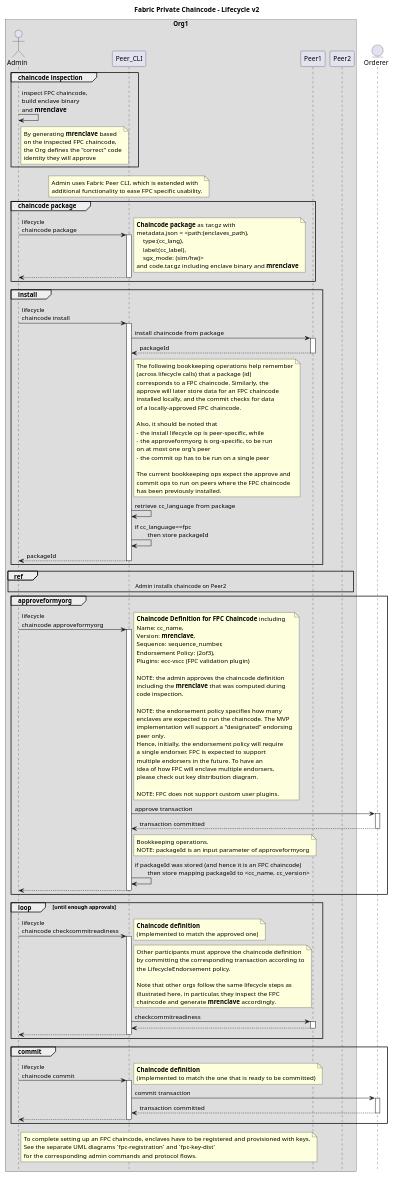
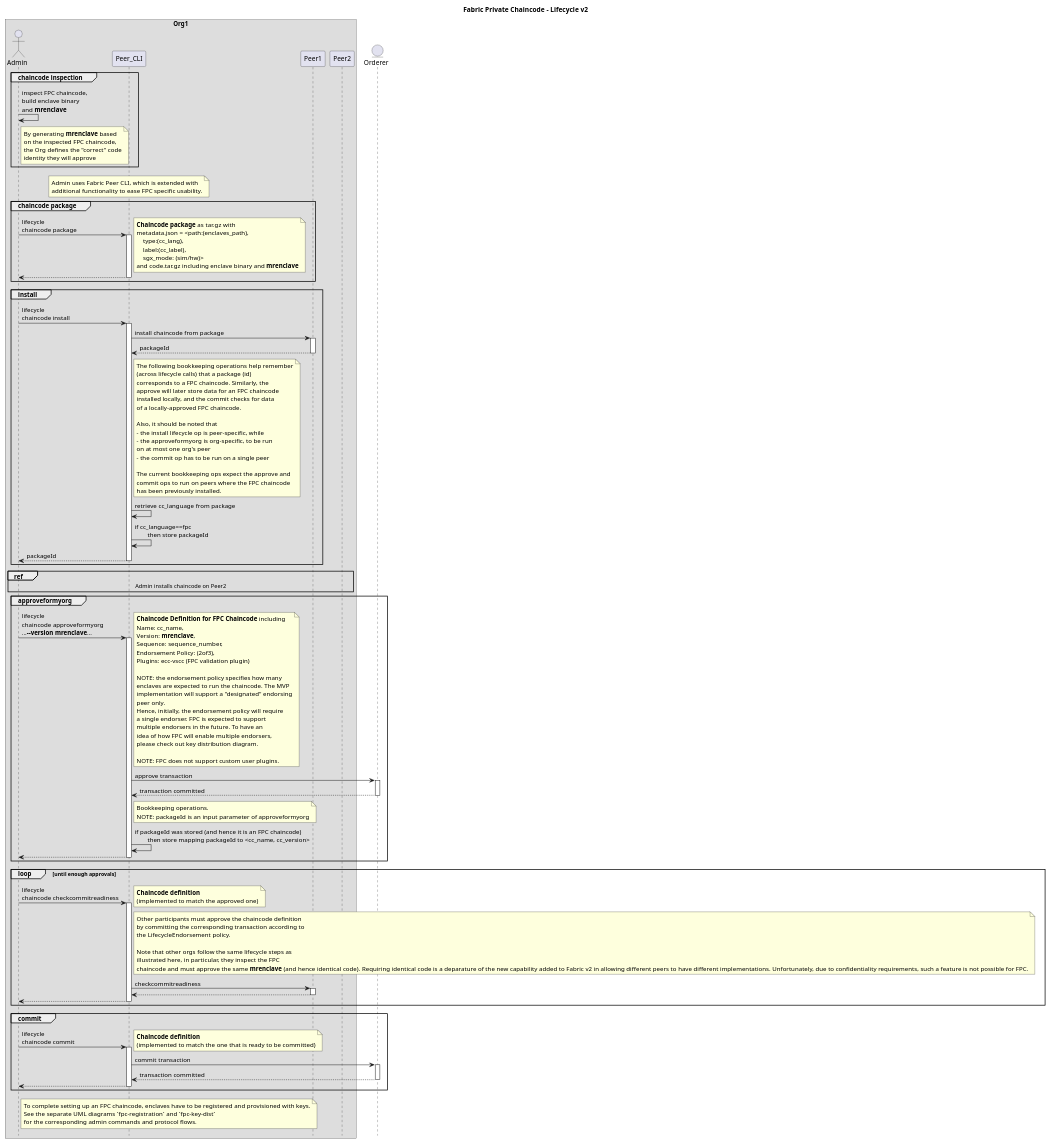
One commit to hyperledger/fabric-private-chaincode changed the diagram in docs/design/fabric-v2+/fpc-lifecycle-v2.puml. Above: the diagram before and after it, drawn with PlantUML.

```diff
--- a/docs/design/fabric-v2+/fpc-lifecycle-v2.puml
+++ b/docs/design/fabric-v2+/fpc-lifecycle-v2.puml
@@ -8,158 +8,154 @@
 @startuml
 
 !pragma teoz true
 
 hide footbox
 title Foot Box removed
 
 title Fabric Private Chaincode - Lifecycle v2
 
 box "Org1"
 actor Admin order 10
 participant Peer_CLI order 15
 participant Peer1 order 20
 participant Peer2 order 40
 end box
 
 entity Orderer order 80
 
 group chaincode inspection
     Admin -> Admin : inspect FPC chaincode,\nbuild enclave binary\nand **mrenclave**
     note right Admin
     By generating **mrenclave** based
     on the inspected FPC chaincode,
     the Org defines the "correct" code
     identity they will approve
     end note
 end
 
 note over Peer_CLI
     Admin uses Fabric Peer CLI, which is extended with
     additional functionality to ease FPC specific usability.
 end note
 
 group chaincode package
     Admin -> Peer_CLI++ : lifecycle\nchaincode package
     note right
     **Chaincode package** as tar.gz with
     metadata.json = <path:(enclaves_path),
         type:(cc_lang),
         label:(cc_label),
         sgx_mode: (sim/hw)>
     and code.tar.gz including enclave binary and **mrenclave**
     end note
 return
 end
 
 group install
     Admin -> Peer_CLI++ : lifecycle\nchaincode install
     Peer_CLI -> Peer1++ : install chaincode from package
     return packageId
 
     note right Peer_CLI
     The following bookkeeping operations help remember
     (across lifecycle calls) that a package (id)
     corresponds to a FPC chaincode. Similarly, the
     approve will later store data for an FPC chaincode
     installed locally, and the commit checks for data
     of a locally-approved FPC chaincode.
 
     Also, it should be noted that
     - the install lifecycle op is peer-specific, while
     - the approveformyorg is org-specific, to be run
     on at most one org's peer
     - the commit op has to be run on a single peer
 
     The current bookkeeping ops expect the approve and
     commit ops to run on peers where the FPC chaincode
     has been previously installed.
     end note
 
     Peer_CLI -> Peer_CLI : retrieve cc_language from package
     Peer_CLI -> Peer_CLI : if cc_language==fpc\n\tthen store packageId
     return packageId
 end
 
 ref over Admin, Peer_CLI, Peer2
     Admin installs chaincode on Peer2
 end
 
 group approveformyorg
-    Admin -> Peer_CLI++ : lifecycle\nchaincode approveformyorg
+    Admin -> Peer_CLI++ : lifecycle\nchaincode approveformyorg\n...**--version mrenclave**...
     note right
     **Chaincode Definition for FPC Chaincode** including
     Name: cc_name,
     Version: **mrenclave**,
     Sequence: sequence_number,
     Endorsement Policy: (2of3),
     Plugins: ecc-vscc (FPC validation plugin)
 
-    NOTE: the admin approves the chaincode definition
-    including the **mrenclave** that was computed during
-    code inspection.
-
     NOTE: the endorsement policy specifies how many
     enclaves are expected to run the chaincode. The MVP
     implementation will support a "designated" endorsing
     peer only.
     Hence, initially, the endorsement policy will require
     a single endorser. FPC is expected to support
     multiple endorsers in the future. To have an
-    idea of how FPC will enclave multiple endorsers,
+    idea of how FPC will enable multiple endorsers,
     please check out key distribution diagram.
 
     NOTE: FPC does not support custom user plugins.
     end note
 
     Peer_CLI -> Orderer++ : approve transaction
     return transaction committed /' Peer1_CLI -> Orderer '/
 
     note right Peer_CLI
     Bookkeeping operations.
     NOTE: packageId is an input parameter of approveformyorg
     end note
 
     Peer_CLI -> Peer_CLI : if packageId was stored (and hence it is an FPC chaincode)\n\tthen store mapping packageId to <cc_name, cc_version>
     return
 end
 
 loop until enough approvals
 	Admin -> Peer_CLI++ : lifecycle\nchaincode checkcommitreadiness
     note right
     **Chaincode definition**
     (implemented to match the approved one)
     end note
 
     note right Peer_CLI
     Other participants must approve the chaincode definition
     by committing the corresponding transaction according to
     the LifecycleEndorsement policy.
 
     Note that other orgs follow the same lifecycle steps as
     illustrated here, in particular, they inspect the FPC
-    chaincode and generate **mrenclave** accordingly.
+    chaincode and must approve the same **mrenclave** (and hence identical code).  Requiring identical code is a deparature of the new capability added to Fabric v2 in allowing different peers to have different implementations. Unfortunately, due to confidentiality requirements, such a feature is not possible for FPC.
     end note
 
     Peer_CLI -> Peer1++ : checkcommitreadiness
     return
     return
 end
 
 group commit
     Admin -> Peer_CLI++ : lifecycle\nchaincode commit
     note right
     **Chaincode definition**
     (implemented to match the one that is ready to be committed)
     end note
 
     Peer_CLI -> Orderer++ : commit transaction
     return transaction committed
     return
 end
 
 note right Admin
     To complete setting up an FPC chaincode, enclaves have to be registered and provisioned with keys.
     See the separate UML diagrams `fpc-registration` and `fpc-key-dist`
     for the corresponding admin commands and protocol flows.
 end note
 @enduml
```
